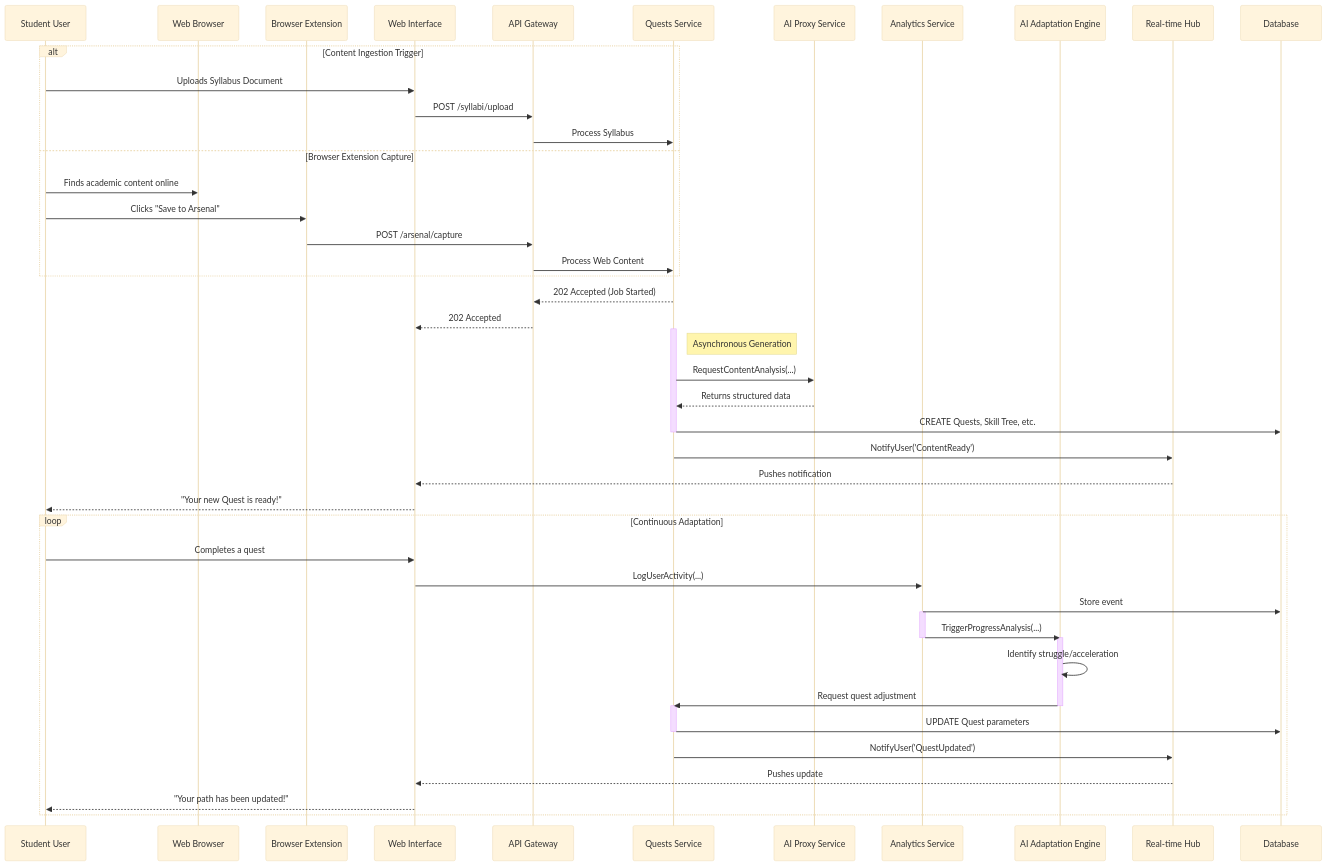
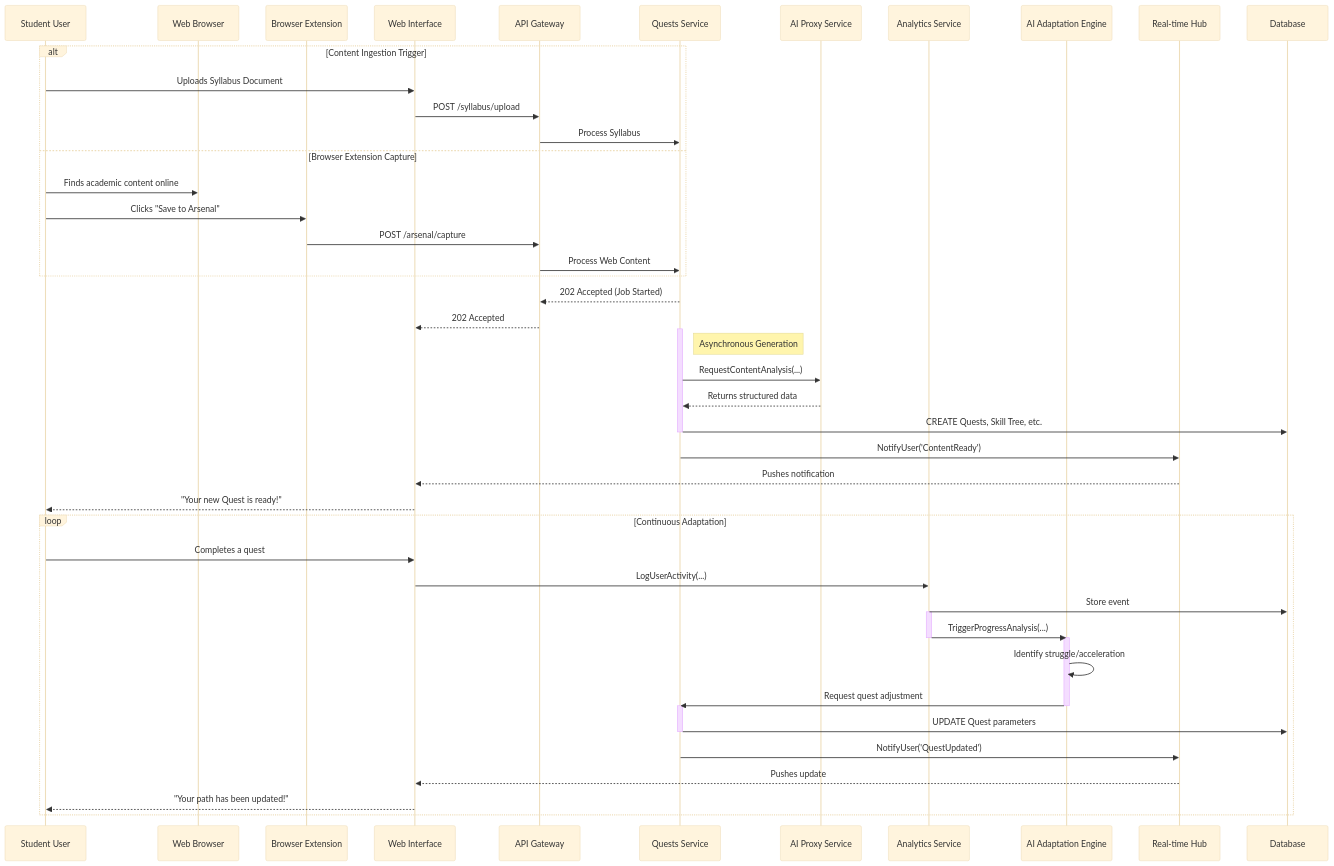
One commit to FA25SE050-RogueLearn/RogueLearn.BMAD.Documentation changed the diagram in mermaid-diagrams/sequence/02-ai-quest-generation.md. Above: the diagram before and after it, drawn with Mermaid (base theme). The commit also changed 12 other files, not shown here.

First line of the commit message:
refactor(architecture): consolidate verification and rewards into user service

````diff
--- a/mermaid-diagrams/sequence/02-ai-quest-generation.md
+++ b/mermaid-diagrams/sequence/02-ai-quest-generation.md
@@ -3,64 +3,64 @@
 ```mermaid
 sequenceDiagram
     participant U as Student User
     participant Browser as Web Browser
     participant Extension as Browser Extension
     participant UI as Web Interface
     participant APIGateway as API Gateway
     participant QuestsService as Quests Service
     participant AIProxyService as AI Proxy Service
     participant AnalyticsService as Analytics Service
     participant AI_Engine as AI Adaptation Engine
     participant RealtimeHub as Real-time Hub
     participant Database as Database
 
     alt Content Ingestion Trigger
         U->>UI: Uploads Syllabus Document
-        UI->>APIGateway: POST /syllabi/upload
+        UI->>APIGateway: POST /syllabus/upload
         APIGateway->>QuestsService: Process Syllabus
     else Browser Extension Capture
         U->>Browser: Finds academic content online
         U->>Extension: Clicks "Save to Arsenal"
         Extension->>APIGateway: POST /arsenal/capture
         APIGateway->>QuestsService: Process Web Content
     end
     
     QuestsService-->>APIGateway: 202 Accepted (Job Started)
     APIGateway-->>UI: 202 Accepted
     
     activate QuestsService
     Note right of QuestsService: Asynchronous Generation
     QuestsService->>AIProxyService: RequestContentAnalysis(...)
     AIProxyService-->>QuestsService: Returns structured data
     QuestsService->>Database: CREATE Quests, Skill Tree, etc.
     deactivate QuestsService
     
     QuestsService->>RealtimeHub: NotifyUser('ContentReady')
     RealtimeHub-->>UI: Pushes notification
     UI-->>U: "Your new Quest is ready!"
 
     %% --- Continuous Adaptation Loop Begins After User Interaction ---
 
     loop Continuous Adaptation
         U->>UI: Completes a quest
         UI->>AnalyticsService: LogUserActivity(...)
         AnalyticsService->>Database: Store event
 
         activate AnalyticsService
         AnalyticsService->>AI_Engine: TriggerProgressAnalysis(...)
         deactivate AnalyticsService
         
         activate AI_Engine
         AI_Engine->>AI_Engine: Identify struggle/acceleration
         AI_Engine->>QuestsService: Request quest adjustment
         deactivate AI_Engine
 
         activate QuestsService
         QuestsService->>Database: UPDATE Quest parameters
         deactivate QuestsService
         
         QuestsService->>RealtimeHub: NotifyUser('QuestUpdated')
         RealtimeHub-->>UI: Pushes update
         UI-->>U: "Your path has been updated!"
     end
 ```
````
